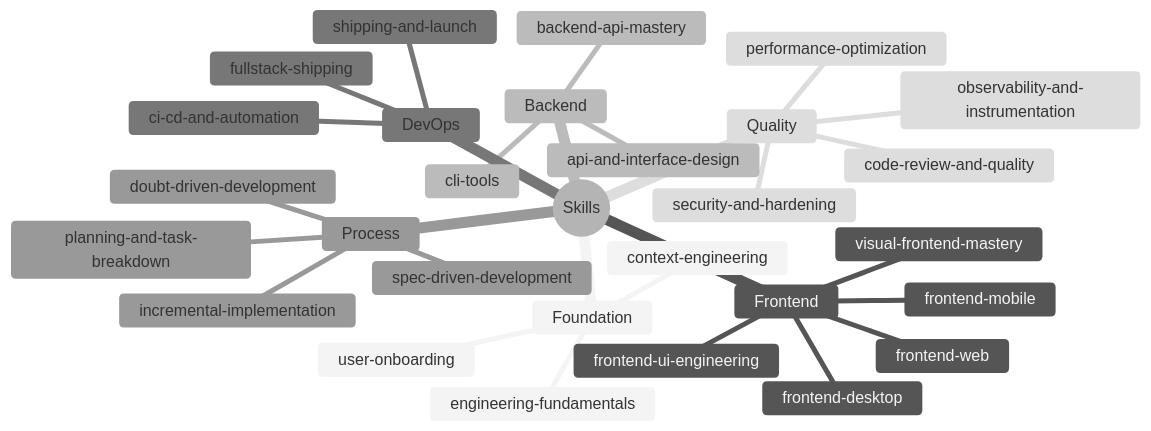
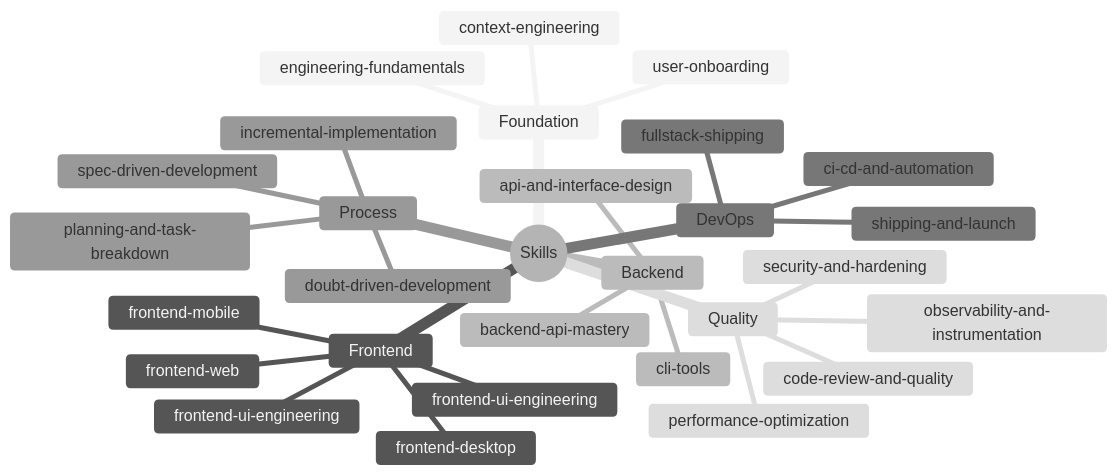
One commit to juandelossantos/another-agent-skills changed the first of 2 diagrams in AGENTS.md. Above: the diagram before and after it, drawn with Mermaid (neutral theme). The commit also changed 14 other files, not shown here.

Commit message:
chore: merge visual-frontend-mastery into frontend-ui-engineering

````diff
--- a/AGENTS.md
+++ b/AGENTS.md
@@ -80,32 +80,32 @@
 ```mermaid
 mindmap
   root((Skills))
     Foundation
       engineering-fundamentals
       context-engineering
       user-onboarding
     Frontend
       frontend-web
       frontend-mobile
       frontend-desktop
       frontend-ui-engineering
-      visual-frontend-mastery
+      frontend-ui-engineering
     Backend
       backend-api-mastery
       api-and-interface-design
       cli-tools
     DevOps
       ci-cd-and-automation
       shipping-and-launch
       fullstack-shipping
     Process
       spec-driven-development
       planning-and-task-breakdown
       incremental-implementation
       doubt-driven-development
     Quality
       code-review-and-quality
       security-and-hardening
       performance-optimization
       observability-and-instrumentation
 ```
````
